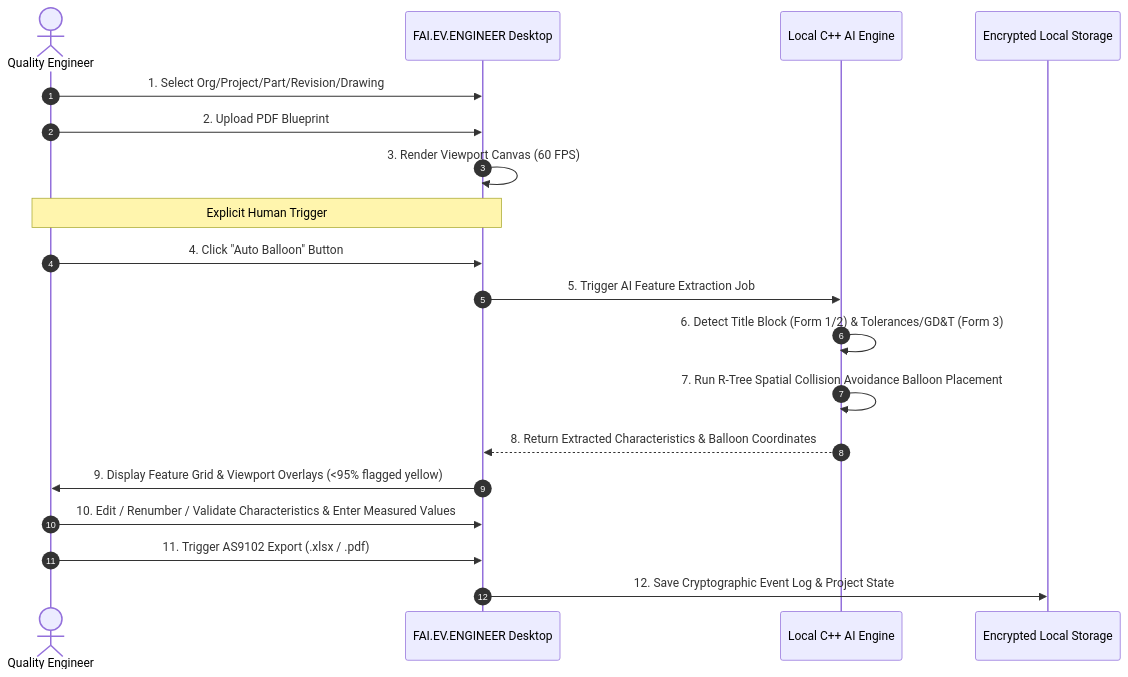
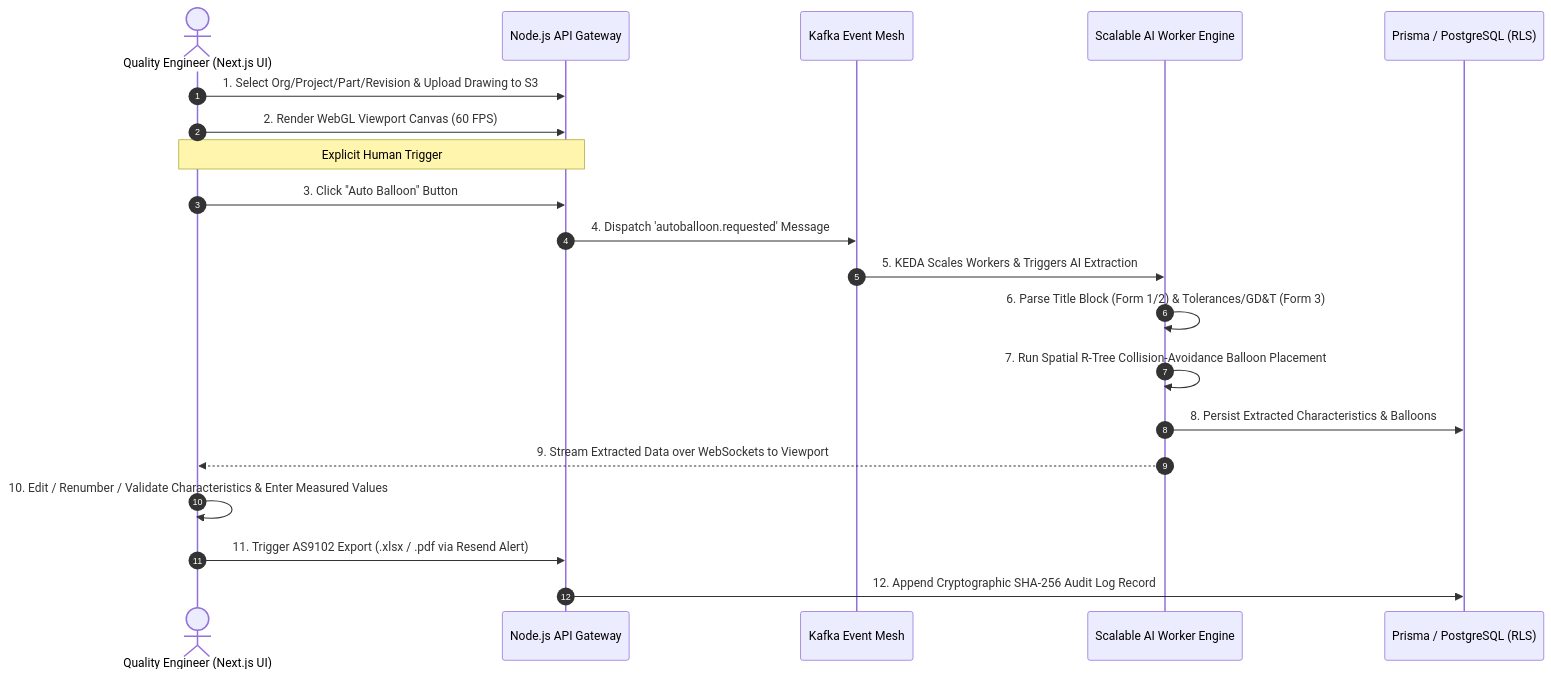
One commit to LoonistApp/Loonist changed the third of 8 diagrams in Phase_1_Business_Domain_Analysis.md. Above: the diagram before and after it, drawn with Mermaid. The commit also changed other lines of this file and 4 other files, not shown here.

Commit message:
Refactor Phase 3 architecture document to remove bullet lists and improve flow

````diff
--- a/Phase_1_Business_Domain_Analysis.md
+++ b/Phase_1_Business_Domain_Analysis.md
@@ -102,24 +102,25 @@
 ```mermaid
 sequenceDiagram
     autonumber
-    actor Engineer as Quality Engineer
-    participant App as FAI.EV.ENGINEER Desktop
-    participant AI as Local C++ AI Engine
-    participant Store as Encrypted Local Storage
+    actor Engineer as Quality Engineer (Next.js UI)
+    participant API as Node.js API Gateway
+    participant Kafka as Kafka Event Mesh
+    participant AI as Scalable AI Worker Engine
+    participant DB as Prisma / PostgreSQL (RLS)
 
-    Engineer->>App: 1. Select Org/Project/Part/Revision/Drawing
-    Engineer->>App: 2. Upload PDF Blueprint
-    App->>App: 3. Render Viewport Canvas (60 FPS)
+    Engineer->>API: 1. Select Org/Project/Part/Revision & Upload Drawing to S3
+    Engineer->>API: 2. Render WebGL Viewport Canvas (60 FPS)
     
-    Note over Engineer, App: Explicit Human Trigger
-    Engineer->>App: 4. Click "Auto Balloon" Button
-    App->>AI: 5. Trigger AI Feature Extraction Job
-    AI->>AI: 6. Detect Title Block (Form 1/2) & Tolerances/GD&T (Form 3)
-    AI->>AI: 7. Run R-Tree Spatial Collision Avoidance Balloon Placement
-    AI-->>App: 8. Return Extracted Characteristics & Balloon Coordinates
+    Note over Engineer, API: Explicit Human Trigger
+    Engineer->>API: 3. Click "Auto Balloon" Button
+    API->>Kafka: 4. Dispatch 'autoballoon.requested' Message
+    Kafka->>AI: 5. KEDA Scales Workers & Triggers AI Extraction
+    AI->>AI: 6. Parse Title Block (Form 1/2) & Tolerances/GD&T (Form 3)
+    AI->>AI: 7. Run Spatial R-Tree Collision-Avoidance Balloon Placement
+    AI->>DB: 8. Persist Extracted Characteristics & Balloons
+    AI-->>Engineer: 9. Stream Extracted Data over WebSockets to Viewport
     
-    App->>Engineer: 9. Display Feature Grid & Viewport Overlays (<95% flagged yellow)
-    Engineer->>App: 10. Edit / Renumber / Validate Characteristics & Enter Measured Values
-    Engineer->>App: 11. Trigger AS9102 Export (.xlsx / .pdf)
-    App->>Store: 12. Save Cryptographic Event Log & Project State
+    Engineer->>Engineer: 10. Edit / Renumber / Validate Characteristics & Enter Measured Values
+    Engineer->>API: 11. Trigger AS9102 Export (.xlsx / .pdf via Resend Alert)
+    API->>DB: 12. Append Cryptographic SHA-256 Audit Log Record
 ```
````
